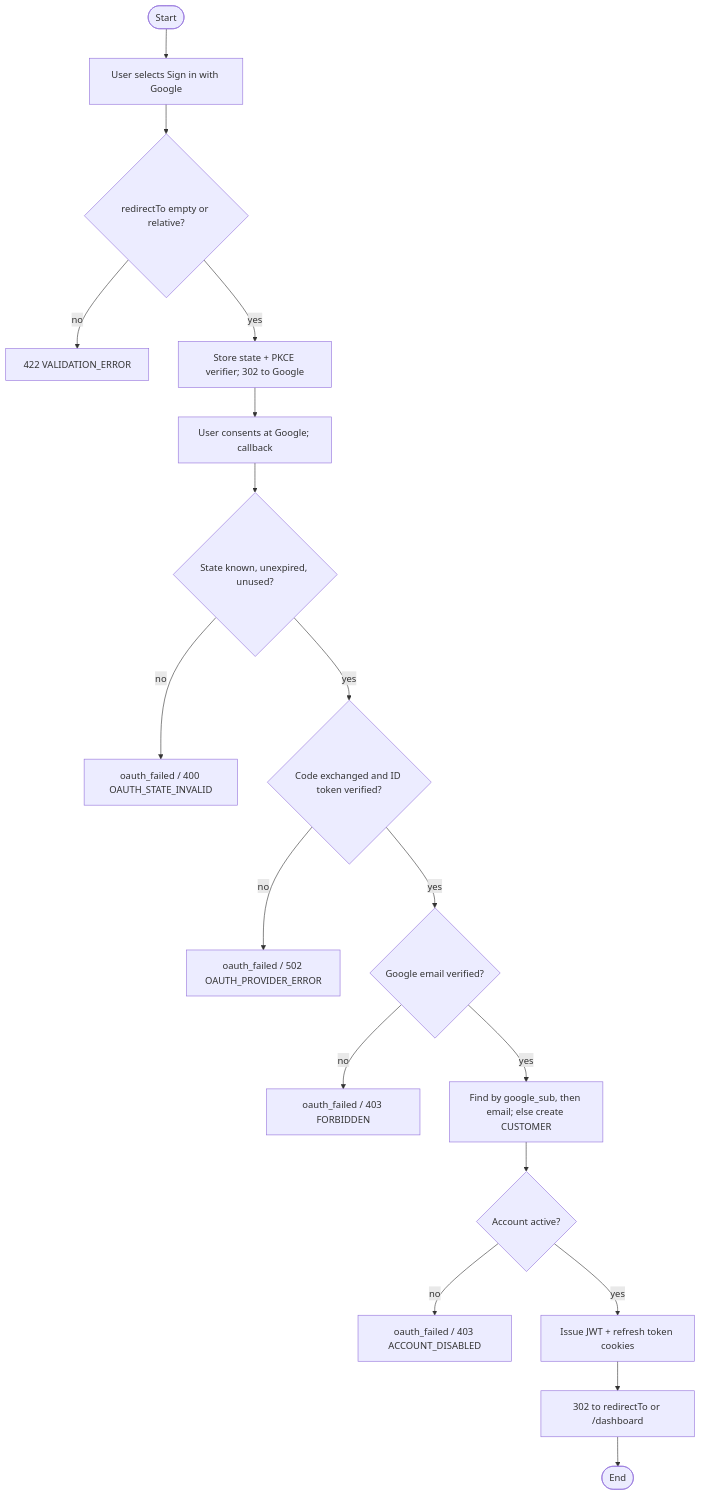
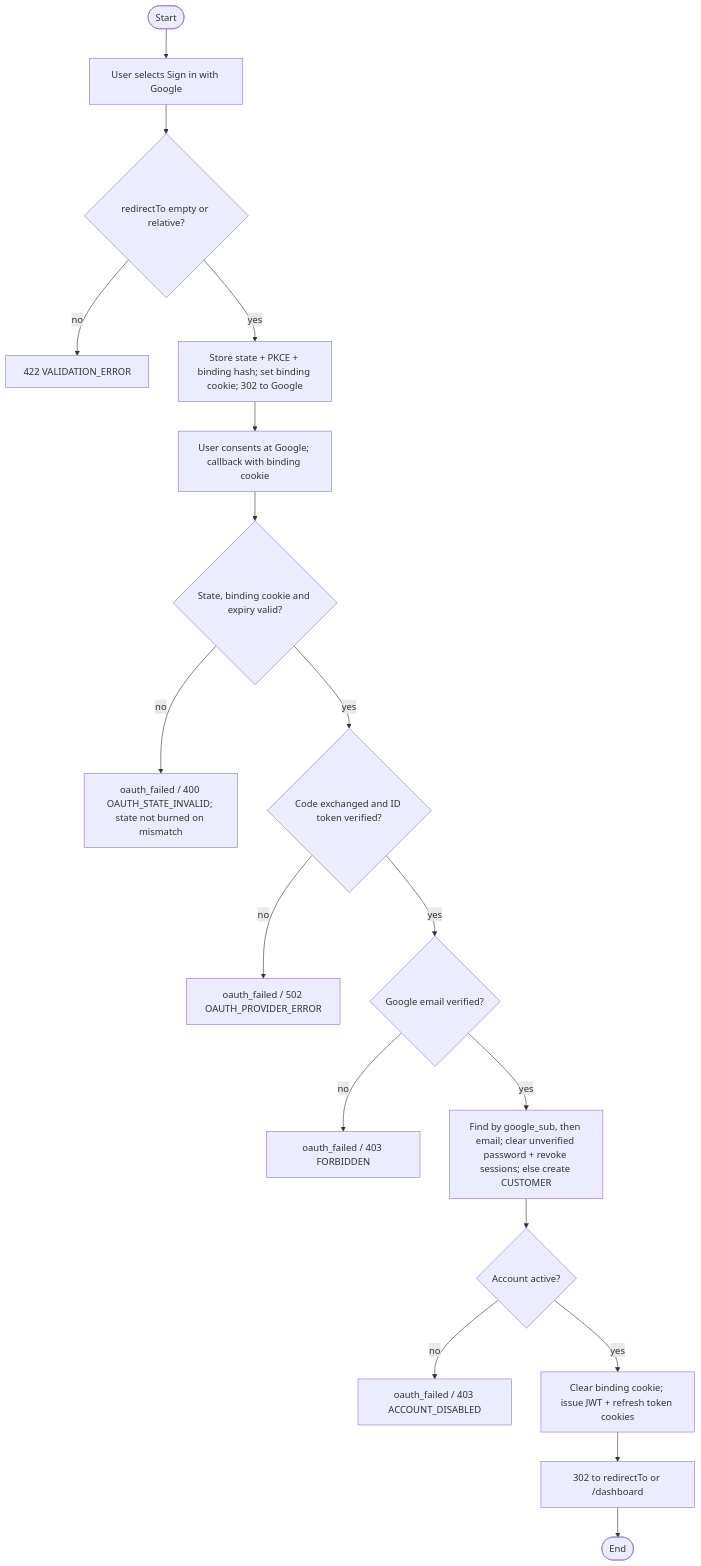
One commit to Vineth-R/swiftdrop changed the second of 2 diagrams in docs/report/section_6_4_google_login.md. Above: the diagram before and after it, drawn with Mermaid. The commit also changed other lines of this file and 6 other files, not shown here.

First line of the commit message:
docs(m3): reconcile Google login report with browser binding and secure linking

````diff
--- a/docs/report/section_6_4_google_login.md
+++ b/docs/report/section_6_4_google_login.md
@@ -47,20 +47,20 @@
 ```mermaid
 flowchart TD
     S([Start]) --> A1[User selects Sign in with Google]
     A1 --> D0{redirectTo empty or relative?}
     D0 -- no --> O0[422 VALIDATION_ERROR]
-    D0 -- yes --> A2[Store state + PKCE verifier; 302 to Google]
-    A2 --> A3[User consents at Google; callback]
-    A3 --> D1{State known, unexpired, unused?}
-    D1 -- no --> O1[oauth_failed / 400 OAUTH_STATE_INVALID]
+    D0 -- yes --> A2[Store state + PKCE + binding hash; set binding cookie; 302 to Google]
+    A2 --> A3[User consents at Google; callback with binding cookie]
+    A3 --> D1{State, binding cookie and expiry valid?}
+    D1 -- no --> O1[oauth_failed / 400 OAUTH_STATE_INVALID; state not burned on mismatch]
     D1 -- yes --> D2{Code exchanged and ID token verified?}
     D2 -- no --> O2[oauth_failed / 502 OAUTH_PROVIDER_ERROR]
     D2 -- yes --> D3{Google email verified?}
     D3 -- no --> O3[oauth_failed / 403 FORBIDDEN]
-    D3 -- yes --> A4[Find by google_sub, then email; else create CUSTOMER]
+    D3 -- yes --> A4[Find by google_sub, then email; clear unverified password + revoke sessions; else create CUSTOMER]
     A4 --> D4{Account active?}
     D4 -- no --> O4[oauth_failed / 403 ACCOUNT_DISABLED]
-    D4 -- yes --> A5[Issue JWT + refresh token cookies]
+    D4 -- yes --> A5[Clear binding cookie; issue JWT + refresh token cookies]
     A5 --> A6[302 to redirectTo or /dashboard]
     A6 --> E([End])
 ```
````
